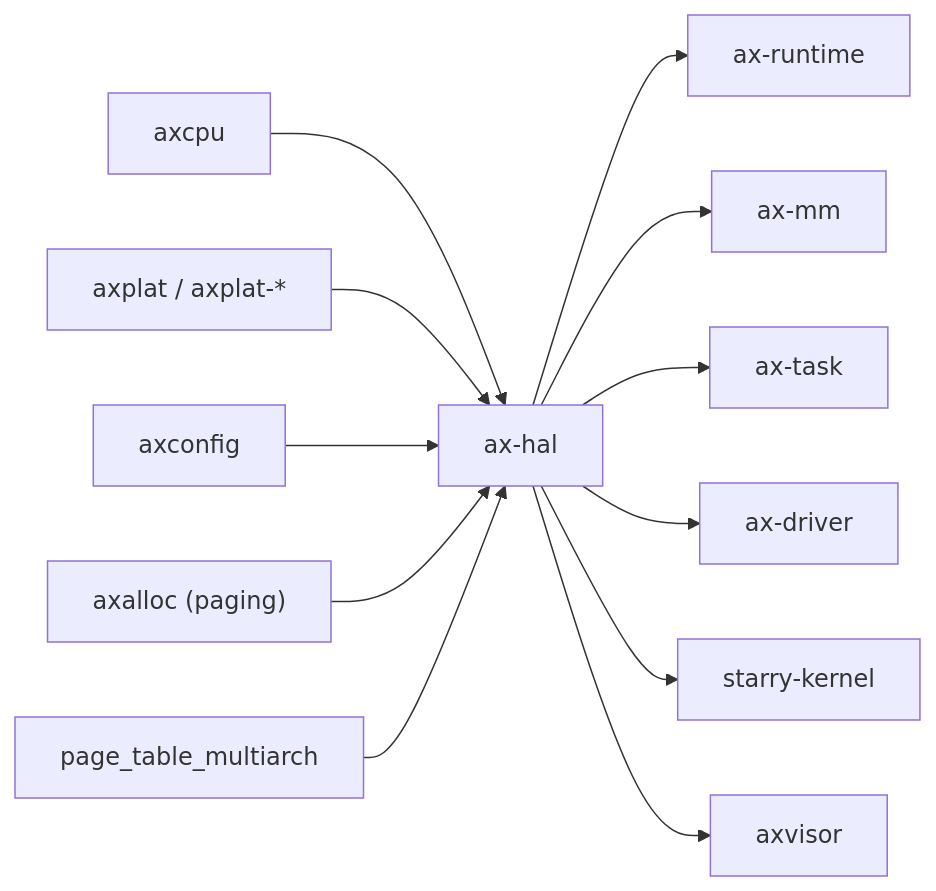
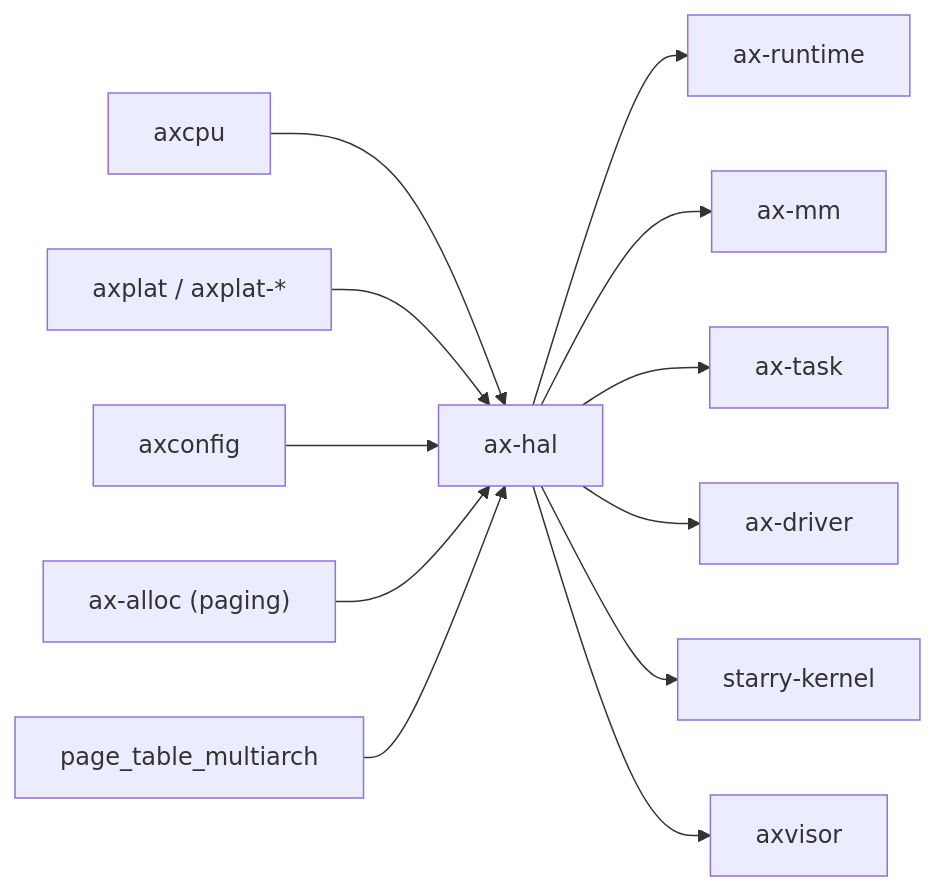
One commit to zKurisu/tgoskits changed the second of 2 diagrams in docs/crates/ax-hal.md. Above: the diagram before and after it, drawn with Mermaid. The commit also changed other lines of this file and 75 other files, not shown here.

Commit message:
rename axalloc to ax-alloc

````diff
--- a/docs/crates/ax-hal.md
+++ b/docs/crates/ax-hal.md
@@ -116,15 +116,15 @@
 ```mermaid
 graph LR
     axcpu["axcpu"] --> ax-hal["ax-hal"]
     axplat["axplat / axplat-*"] --> ax-hal
     axconfig["axconfig"] --> ax-hal
-    axalloc["axalloc (paging)"] --> ax-hal
+    ax-alloc["ax-alloc (paging)"] --> ax-hal
     page_table["page_table_multiarch"] --> ax-hal
 
     ax-hal --> ax-runtime["ax-runtime"]
     ax-hal --> ax-mm["ax-mm"]
     ax-hal --> ax-task["ax-task"]
     ax-hal --> ax-driver["ax-driver"]
     ax-hal --> starry["starry-kernel"]
     ax-hal --> axvisor["axvisor"]
 ```
````
